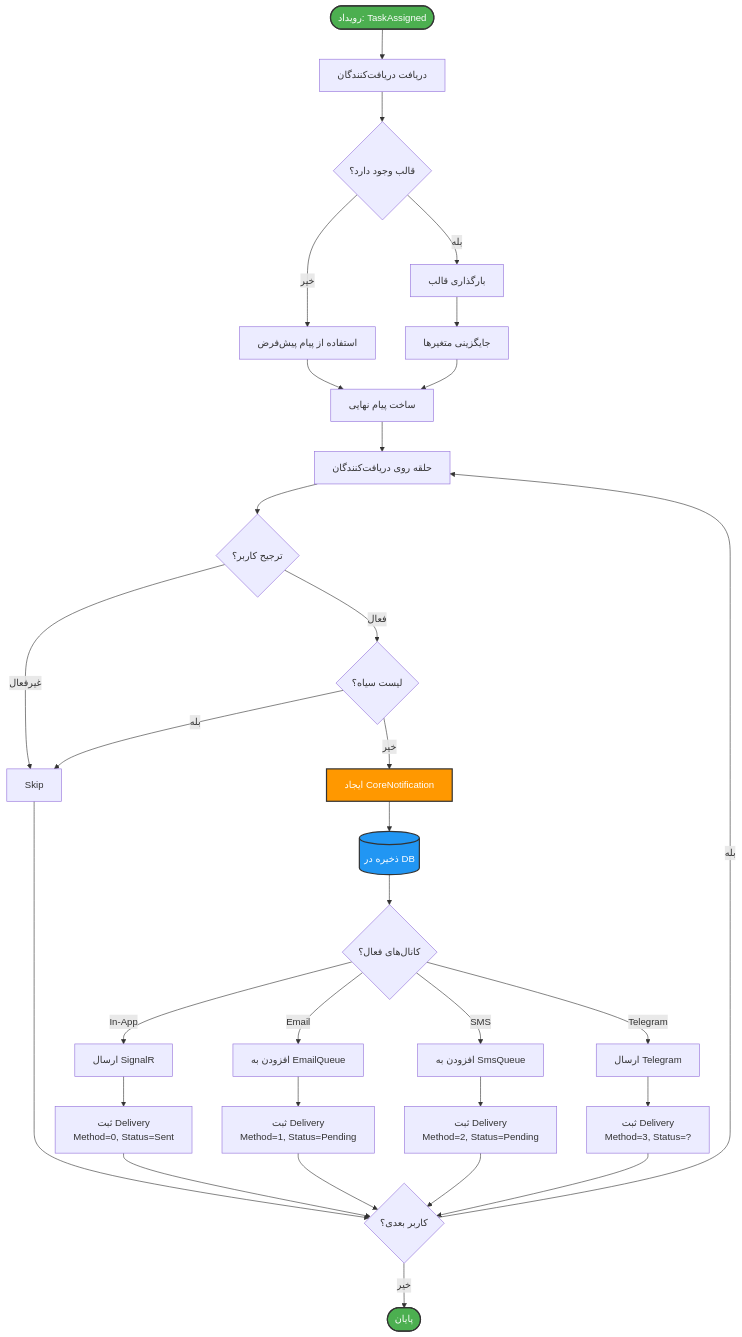
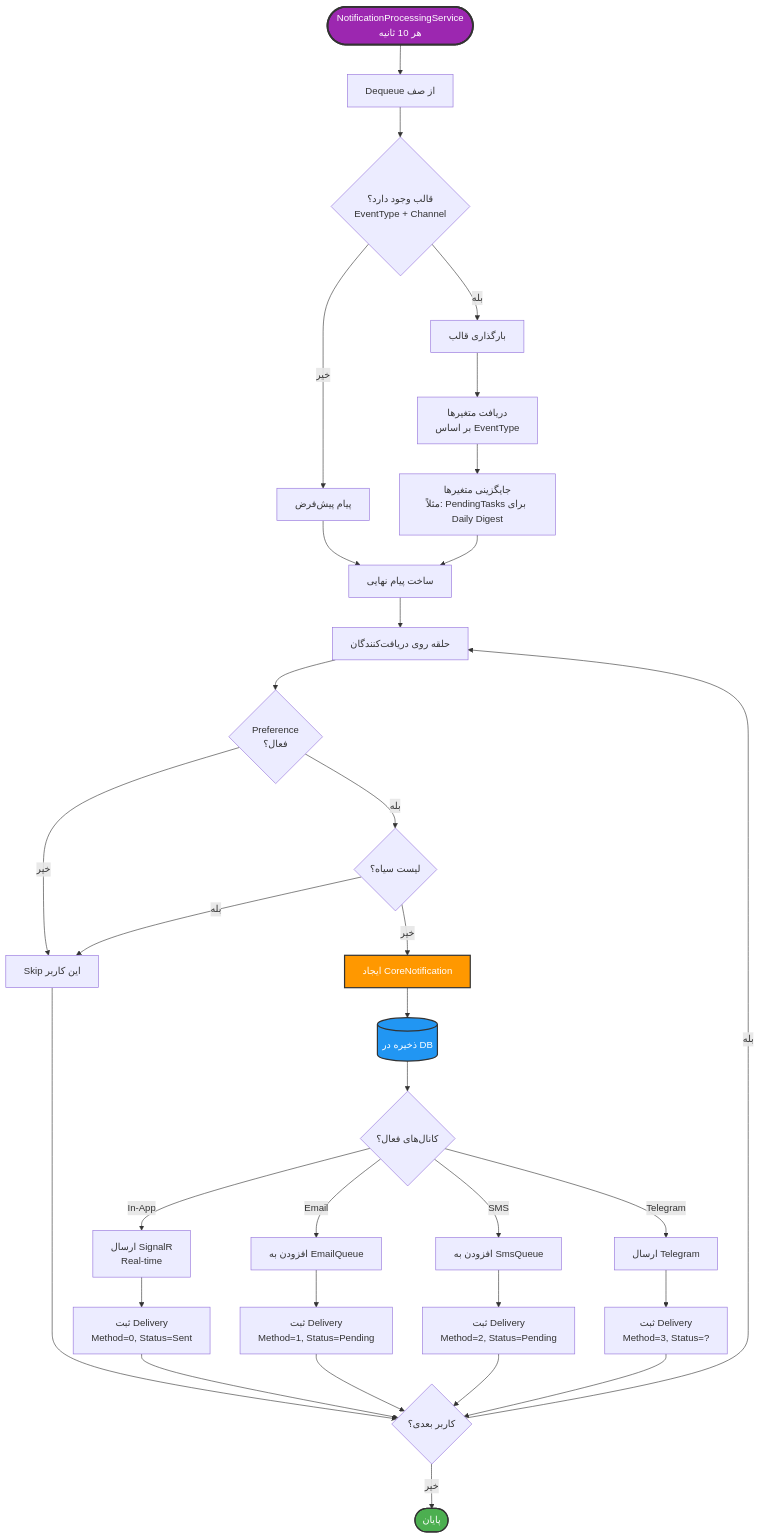
Before and after one commit to aminrey/MahERP: the fourth of 5 diagrams in MahERP.DataModelLayer/Documentary/Diagrams/06-Notification-System-Diagram.md, drawn with Mermaid. The commit also changed other lines of this file and 9 other files, not shown here.

````diff
--- a/MahERP.DataModelLayer/Documentary/Diagrams/06-Notification-System-Diagram.md
+++ b/MahERP.DataModelLayer/Documentary/Diagrams/06-Notification-System-Diagram.md
@@ -287,54 +455,55 @@
 ```mermaid
 flowchart TD
-    Start([رویداد: TaskAssigned]) --> GetRecipients[دریافت دریافت‌کنندگان]
+    Start([NotificationProcessingService<br/>هر 10 ثانیه]) --> DequeueNotif[Dequeue از صف]
     
-    GetRecipients --> CheckTemplate{قالب وجود دارد؟}
+    DequeueNotif --> GetTemplate{قالب وجود دارد؟<br/>EventType + Channel}
     
-    CheckTemplate -->|خیر| UseDefault[استفاده از پیام پیش‌فرض]
-    CheckTemplate -->|بله| LoadTemplate[بارگذاری قالب]
+    GetTemplate -->|خیر| UseDefault[پیام پیش‌فرض]
+    GetTemplate -->|بله| LoadTemplate[بارگذاری قالب]
     
-    UseDefault --> BuildMessage
-    LoadTemplate --> ReplaceVars[جایگزینی متغیرها]
+    LoadTemplate --> GetVariables[دریافت متغیرها<br/>بر اساس EventType]
     
-    ReplaceVars --> BuildMessage[ساخت پیام نهایی]
+    GetVariables --> ReplaceVars[جایگزینی متغیرها<br/>مثلاً: PendingTasks برای Daily Digest]
     
-    BuildMessage --> LoopRecipients[حلقه روی دریافت‌کنندگان]
+    UseDefault --> BuildMsg[ساخت پیام نهایی]
+    ReplaceVars --> BuildMsg
     
-    LoopRecipients --> CheckPreference{ترجیح کاربر؟}
+    BuildMsg --> LoopRecipients[حلقه روی دریافت‌کنندگان]
     
-    CheckPreference -->|غیرفعال| SkipUser[Skip]
-    CheckPreference -->|فعال| CheckBlacklist{لیست سیاه؟}
+    LoopRecipients --> CheckPref{Preference<br/>فعال؟}
+    
+    CheckPref -->|خیر| SkipUser[Skip این کاربر]
+    CheckPref -->|بله| CheckBlacklist{لیست سیاه؟}
     
     CheckBlacklist -->|بله| SkipUser
     CheckBlacklist -->|خیر| CreateNotif[ایجاد CoreNotification]
     
     CreateNotif --> SaveDB[(ذخیره در DB)]
     
     SaveDB --> GetChannels{کانال‌های فعال؟}
     
-    GetChannels -->|In-App| SendSignalR[ارسال SignalR]
+    GetChannels -->|In-App| SendSignalR[ارسال SignalR<br/>Real-time]
     GetChannels -->|Email| AddEmailQueue[افزودن به EmailQueue]
     GetChannels -->|SMS| AddSmsQueue[افزودن به SmsQueue]
     GetChannels -->|Telegram| SendTelegram[ارسال Telegram]
     
     SendSignalR --> CreateDelivery1[ثبت Delivery<br/>Method=0, Status=Sent]
     AddEmailQueue --> CreateDelivery2[ثبت Delivery<br/>Method=1, Status=Pending]
     AddSmsQueue --> CreateDelivery3[ثبت Delivery<br/>Method=2, Status=Pending]
     SendTelegram --> CreateDelivery4[ثبت Delivery<br/>Method=3, Status=?]
     
     CreateDelivery1 --> NextUser{کاربر بعدی؟}
     CreateDelivery2 --> NextUser
     CreateDelivery3 --> NextUser
     CreateDelivery4 --> NextUser
     
+    SkipUser --> NextUser
+    
     NextUser -->|بله| LoopRecipients
     NextUser -->|خیر| End([پایان])
     
-    SkipUser --> NextUser
-    
-    %% Styling
-    style Start fill:#4CAF50,stroke:#333,stroke-width:2px,color:#fff
+    style Start fill:#9C27B0,stroke:#333,stroke-width:3px,color:#fff
     style CreateNotif fill:#FF9800,stroke:#333,stroke-width:2px,color:#fff
     style SaveDB fill:#2196F3,stroke:#333,stroke-width:2px,color:#fff
     style End fill:#4CAF50,stroke:#333,stroke-width:2px,color:#fff
 ```
````
